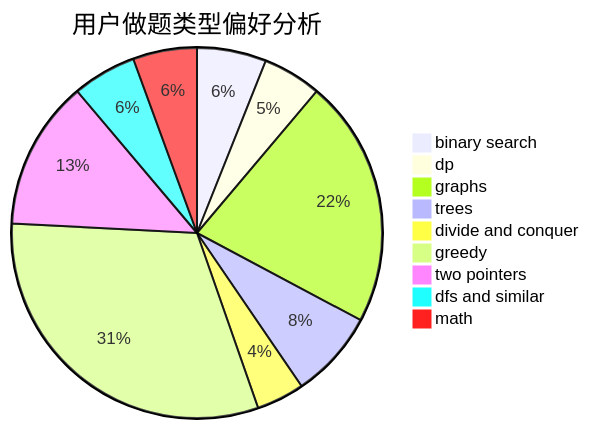
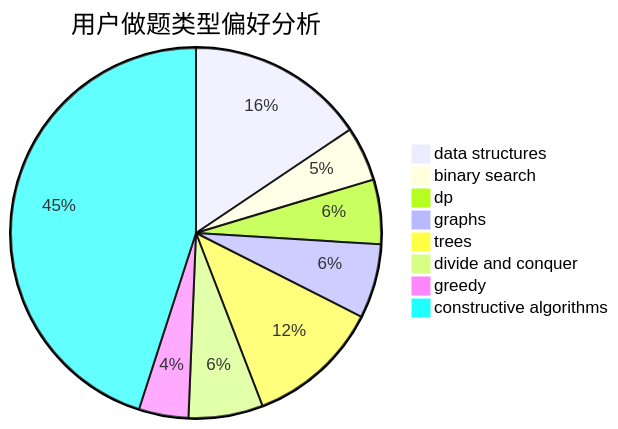
Before and after one commit to sherpahu/cfrs.github.io: the second of 3 diagrams in docs/user/u2020.md, drawn with Mermaid. The commit also changed other lines of this file and 2775 other files, not shown here.

````diff
--- a/docs/user/u2020.md
+++ b/docs/user/u2020.md
@@ -23,12 +23,11 @@
 ```mermaid
 pie title 用户做题类型偏好分析
-    "binary search" :  26
-    "dp" :  22
-    "graphs" :  93
-    "trees" :  33
-    "divide and conquer" :  18
-    "greedy" :  134
-    "two pointers" :  56
-    "dfs and similar" :  24
-    "math" :  24
+    "data structures" :  36
+    "binary search" :  11
+    "dp" :  13
+    "graphs" :  15
+    "trees" :  27
+    "divide and conquer" :  15
+    "greedy" :  10
+    "constructive algorithms" :  104
 ```
````
